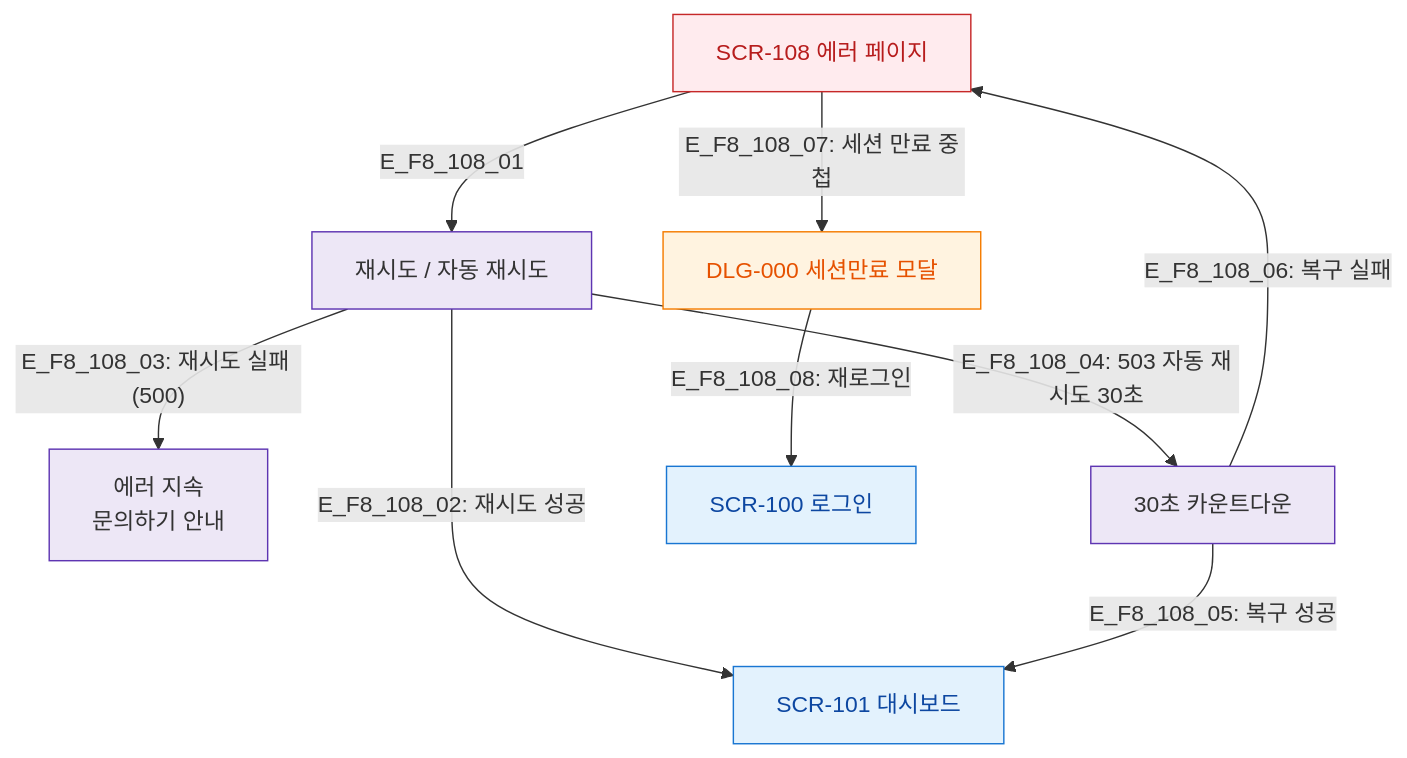
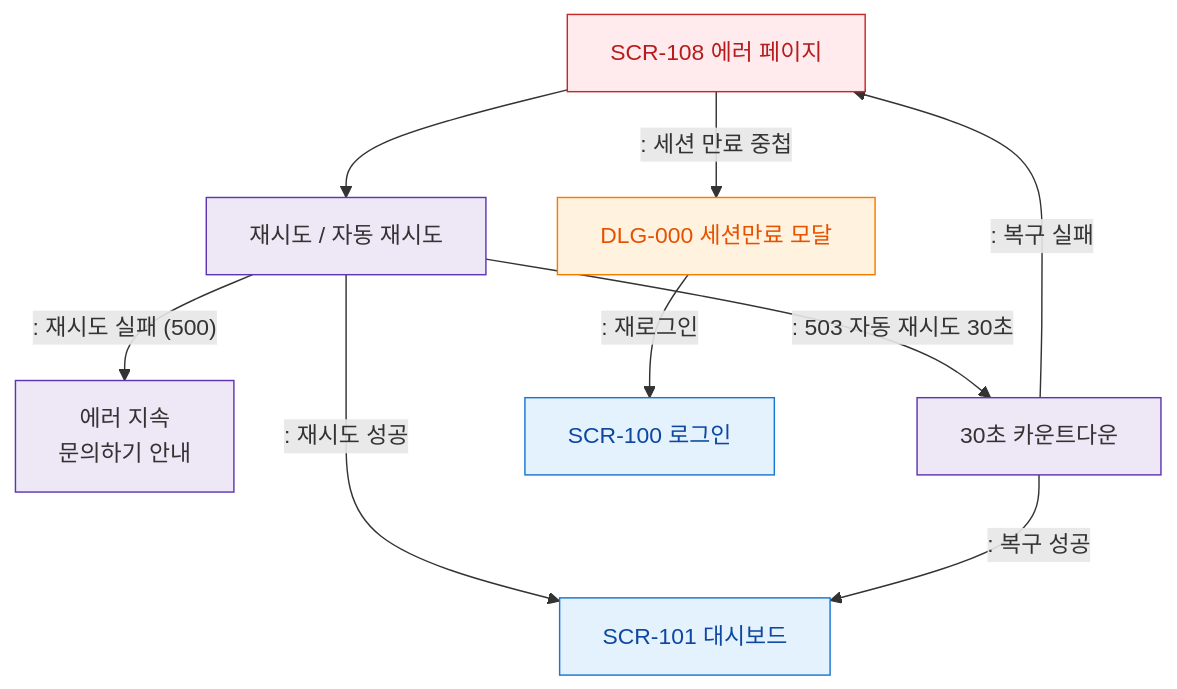
One commit to dev-spogym/admin-pando changed the diagram in docs/다이어그램/D01_공통/SCR-108_에러페이지/F8_에러.md. Above: the diagram before and after it, drawn with Mermaid. The commit also changed other lines of this file and 1660 other files, not shown here.

First line of the commit message:
다이어그램: 기획자/클라이언트 납품본으로 정리

````diff
--- a/docs/다이어그램/D01_공통/SCR-108_에러페이지/F8_에러.md
+++ b/docs/다이어그램/D01_공통/SCR-108_에러페이지/F8_에러.md
@@ -19,22 +17,22 @@
 ```mermaid
 flowchart TD
-    SCR_108[SCR-108 에러 페이지] -->|E_F8_108_01| RETRY_ACTION[재시도 / 자동 재시도]
+    SCR_108[SCR-108 에러 페이지] --> RETRY_ACTION[재시도 / 자동 재시도]
 
-    RETRY_ACTION -->|"E_F8_108_02: 재시도 성공"| NAV_HOME[SCR-101 대시보드]
-    RETRY_ACTION -->|"E_F8_108_03: 재시도 실패 (500)"| ERR_PERSIST[에러 지속\n문의하기 안내]
-    RETRY_ACTION -->|"E_F8_108_04: 503 자동 재시도 30초"| WAIT[30초 카운트다운]
-    WAIT -->|"E_F8_108_05: 복구 성공"| NAV_HOME
-    WAIT -->|"E_F8_108_06: 복구 실패"| SCR_108
+    RETRY_ACTION -->|": 재시도 성공"|NAV_HOME[SCR-101 대시보드]
+    RETRY_ACTION -->|": 재시도 실패 (500)"|ERR_PERSIST[에러 지속\n문의하기 안내]
+    RETRY_ACTION -->|": 503 자동 재시도 30초"|WAIT[30초 카운트다운]
+    WAIT -->|": 복구 성공"|NAV_HOME
+    WAIT -->|": 복구 실패"|SCR_108
 
-    SCR_108 -->|"E_F8_108_07: 세션 만료 중첩"| DLG_000[DLG-000 세션만료 모달]
-    DLG_000 -->|"E_F8_108_08: 재로그인"| SCR_100[SCR-100 로그인]
+    SCR_108 -->|": 세션 만료 중첩"|DLG_000[DLG-000 세션만료 모달]
+    DLG_000 -->|": 재로그인"|SCR_100[SCR-100 로그인]
 
-    classDef screen  fill:#E3F2FD,stroke:#1976D2,color:#0D47A1
-    classDef error   fill:#FFEBEE,stroke:#C62828,color:#B71C1C
-    classDef modal   fill:#FFF3E0,stroke:#F57C00,color:#E65100
-    classDef system  fill:#EDE7F6,stroke:#5E35B2
+    classDef screen fill:#E3F2FD,stroke:#1976D2,color:#0D47A1
+    classDef error fill:#FFEBEE,stroke:#C62828,color:#B71C1C
+    classDef modal fill:#FFF3E0,stroke:#F57C00,color:#E65100
+    classDef system fill:#EDE7F6,stroke:#5E35B2
     class SCR_108 error
     class NAV_HOME,SCR_100 screen
     class DLG_000 modal
     class RETRY_ACTION,WAIT,ERR_PERSIST system
 ```
````
